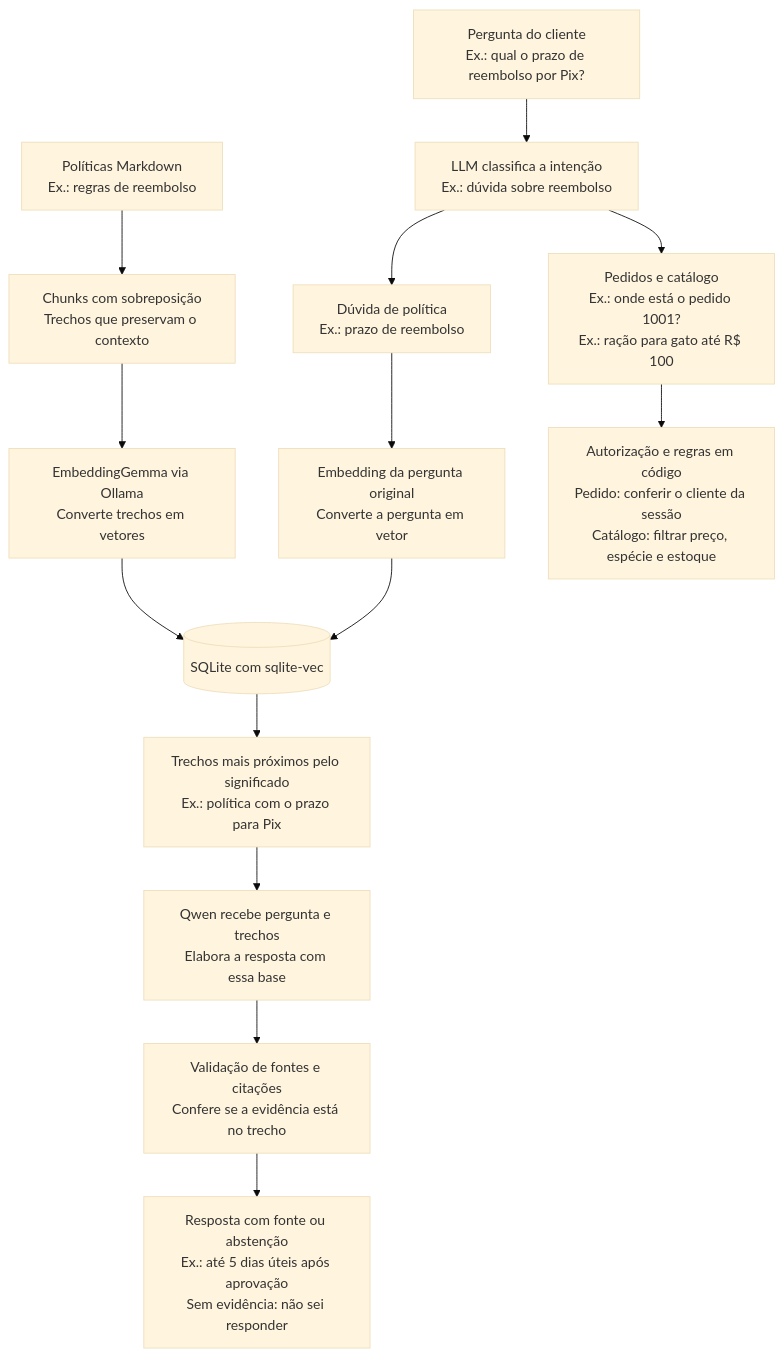
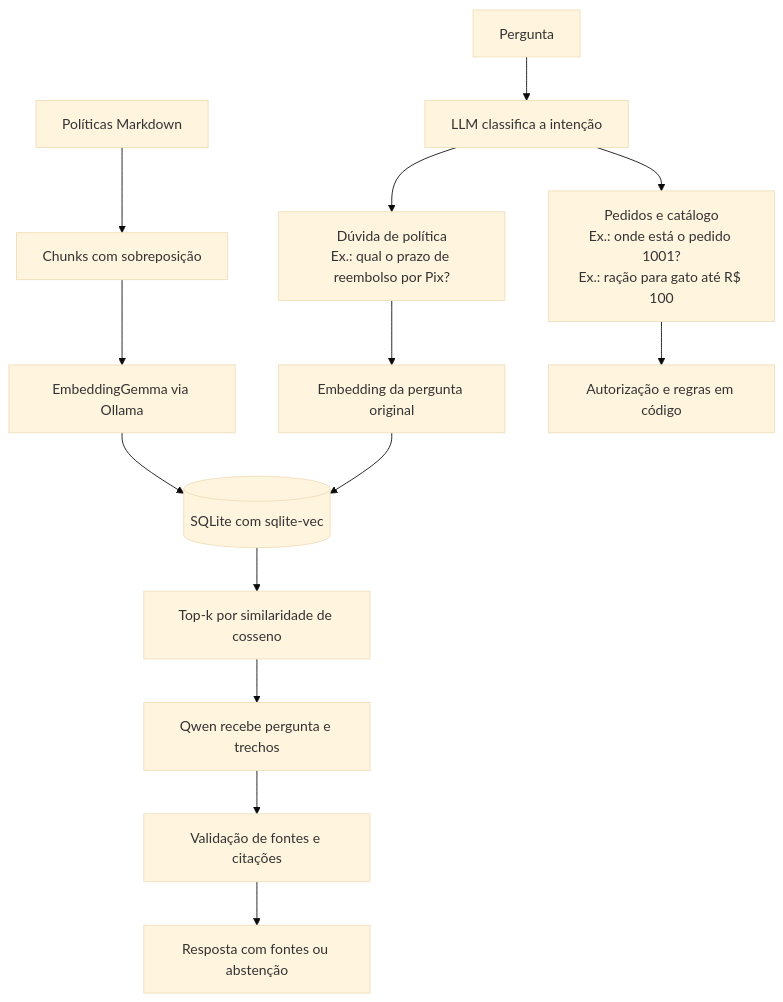
Before and after one commit to MatheusAkira/Petz: the diagram in README.md, drawn with Mermaid (base theme). The commit also changed other lines of this file, not shown here.

````diff
--- a/README.md
+++ b/README.md
@@ -89,16 +89,16 @@
 ```mermaid
 flowchart TD
-    M["Políticas Markdown<br/>Ex.: regras de reembolso"] --> C["Chunks com sobreposição<br/>Trechos que preservam o contexto"]
-    C --> E["EmbeddingGemma via Ollama<br/>Converte trechos em vetores"]
+    M[Políticas Markdown] --> C[Chunks com sobreposição]
+    C --> E[EmbeddingGemma via Ollama]
     E --> DB[(SQLite com sqlite-vec)]
-    Q["Pergunta do cliente<br/>Ex.: qual o prazo de reembolso por Pix?"] --> L["LLM classifica a intenção<br/>Ex.: dúvida sobre reembolso"]
-    L --> P["Dúvida de política<br/>Ex.: prazo de reembolso"]
-    P --> EQ["Embedding da pergunta original<br/>Converte a pergunta em vetor"]
+    Q[Pergunta] --> L[LLM classifica a intenção]
+    L --> P["Dúvida de política<br/>Ex.: qual o prazo de reembolso por Pix?"]
+    P --> EQ[Embedding da pergunta original]
     EQ --> DB
-    DB --> K["Trechos mais próximos pelo significado<br/>Ex.: política com o prazo para Pix"]
-    K --> G["Qwen recebe pergunta e trechos<br/>Elabora a resposta com essa base"]
-    G --> V["Validação de fontes e citações<br/>Confere se a evidência está no trecho"]
-    V --> R["Resposta com fonte ou abstenção<br/>Ex.: até 5 dias úteis após aprovação<br/>Sem evidência: não sei responder"]
+    DB --> K[Top-k por similaridade de cosseno]
+    K --> G[Qwen recebe pergunta e trechos]
+    G --> V[Validação de fontes e citações]
+    V --> R[Resposta com fontes ou abstenção]
     L --> T["Pedidos e catálogo<br/>Ex.: onde está o pedido 1001?<br/>Ex.: ração para gato até R$ 100"]
-    T --> A["Autorização e regras em código<br/>Pedido: conferir o cliente da sessão<br/>Catálogo: filtrar preço, espécie e estoque"]
+    T --> A[Autorização e regras em código]
 ```
````
